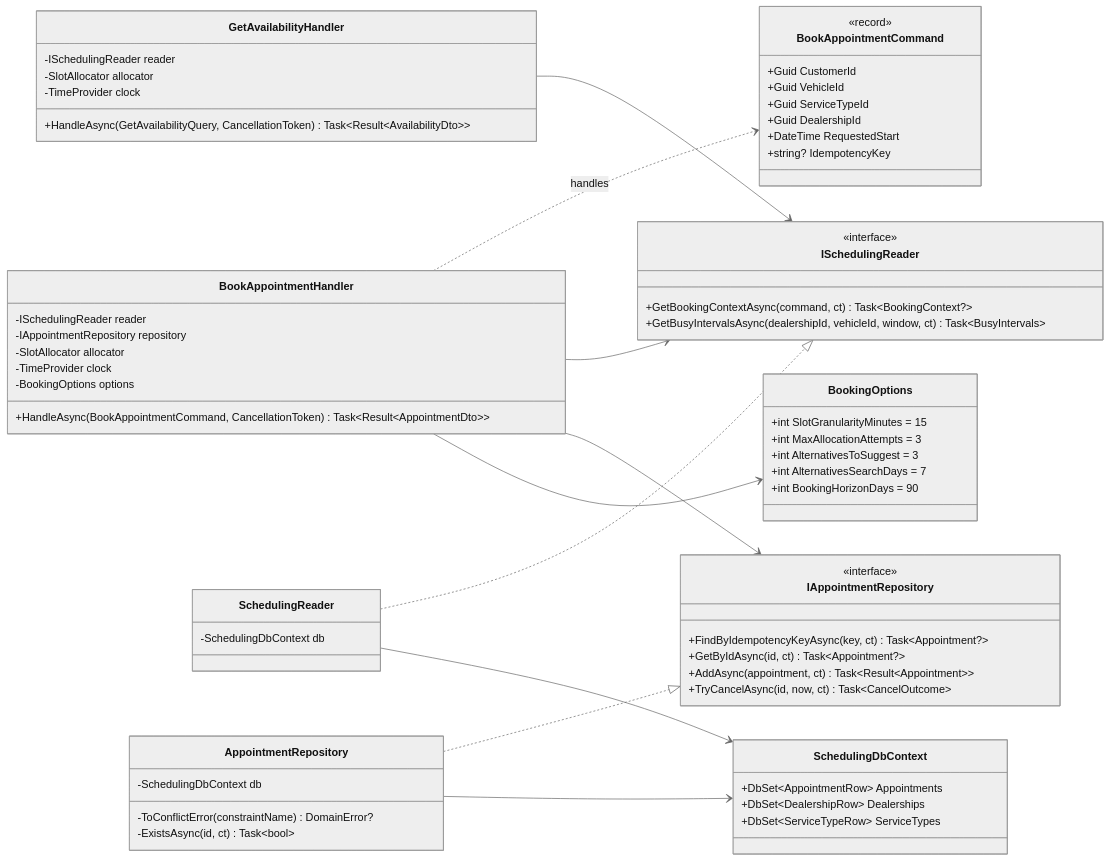
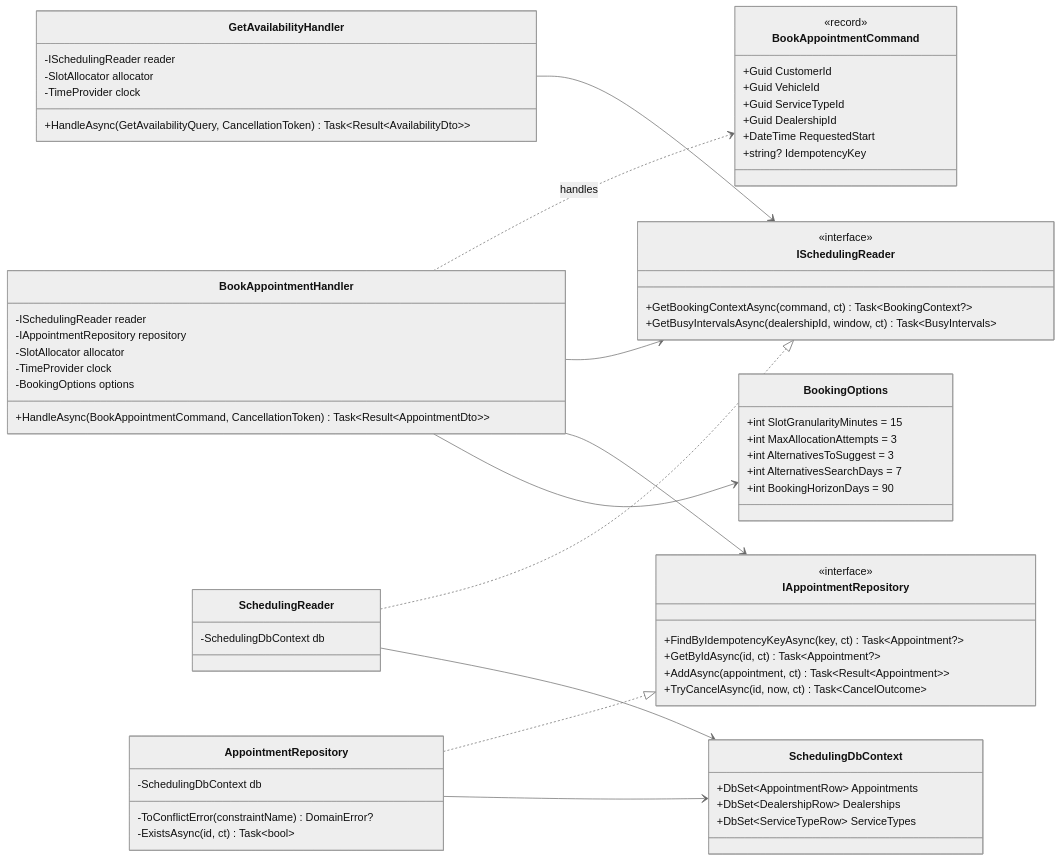
One commit to VietDangiT/unified-service-scheduler changed the sixth of 10 diagrams in docs/system-design.md. Above: the diagram before and after it, drawn with Mermaid (neutral theme). The commit also changed other lines of this file and 13 other files, not shown here.

````diff
--- a/docs/system-design.md
+++ b/docs/system-design.md
@@ -443,76 +443,76 @@
 ```mermaid
 classDiagram
     direction LR
 
     class BookAppointmentHandler {
         -ISchedulingReader reader
         -IAppointmentRepository repository
         -SlotAllocator allocator
         -TimeProvider clock
         -BookingOptions options
         +HandleAsync(BookAppointmentCommand, CancellationToken) Task~Result~AppointmentDto~~
     }
 
     class GetAvailabilityHandler {
         -ISchedulingReader reader
         -SlotAllocator allocator
         -TimeProvider clock
         +HandleAsync(GetAvailabilityQuery, CancellationToken) Task~Result~AvailabilityDto~~
     }
 
     class BookAppointmentCommand {
         <<record>>
         +Guid CustomerId
         +Guid VehicleId
         +Guid ServiceTypeId
         +Guid DealershipId
         +DateTime RequestedStart
         +string? IdempotencyKey
     }
 
     class ISchedulingReader {
         <<interface>>
         +GetBookingContextAsync(command, ct) Task~BookingContext?~
-        +GetBusyIntervalsAsync(dealershipId, vehicleId, window, ct) Task~BusyIntervals~
+        +GetBusyIntervalsAsync(dealershipId, window, ct) Task~BusyIntervals~
     }
 
     class IAppointmentRepository {
         <<interface>>
         +FindByIdempotencyKeyAsync(key, ct) Task~Appointment?~
         +GetByIdAsync(id, ct) Task~Appointment?~
         +AddAsync(appointment, ct) Task~Result~Appointment~~
         +TryCancelAsync(id, now, ct) Task~CancelOutcome~
     }
 
     class BookingOptions {
         +int SlotGranularityMinutes = 15
         +int MaxAllocationAttempts = 3
         +int AlternativesToSuggest = 3
         +int AlternativesSearchDays = 7
         +int BookingHorizonDays = 90
     }
 
     class SchedulingReader {
         -SchedulingDbContext db
     }
     class AppointmentRepository {
         -SchedulingDbContext db
         -ToConflictError(constraintName) DomainError?
         -ExistsAsync(id, ct) Task~bool~
     }
     class SchedulingDbContext {
         +DbSet~AppointmentRow~ Appointments
         +DbSet~DealershipRow~ Dealerships
         +DbSet~ServiceTypeRow~ ServiceTypes
     }
 
     BookAppointmentHandler ..> BookAppointmentCommand : handles
     BookAppointmentHandler --> ISchedulingReader
     BookAppointmentHandler --> IAppointmentRepository
     BookAppointmentHandler --> BookingOptions
     GetAvailabilityHandler --> ISchedulingReader
     SchedulingReader ..|> ISchedulingReader
     AppointmentRepository ..|> IAppointmentRepository
     SchedulingReader --> SchedulingDbContext
     AppointmentRepository --> SchedulingDbContext
 ```
````
